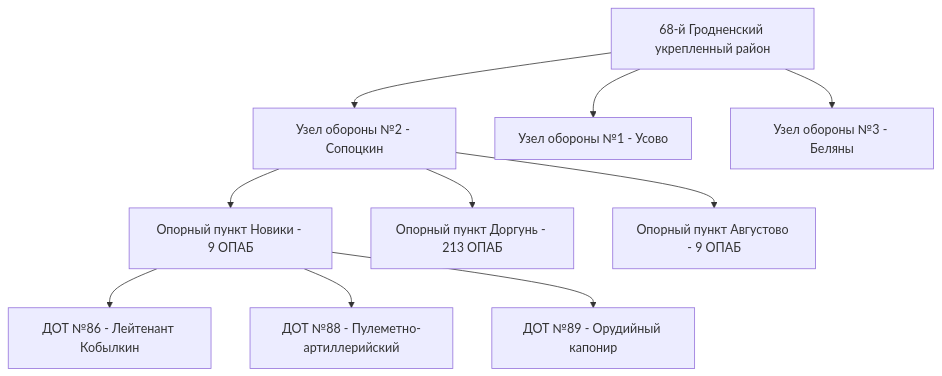
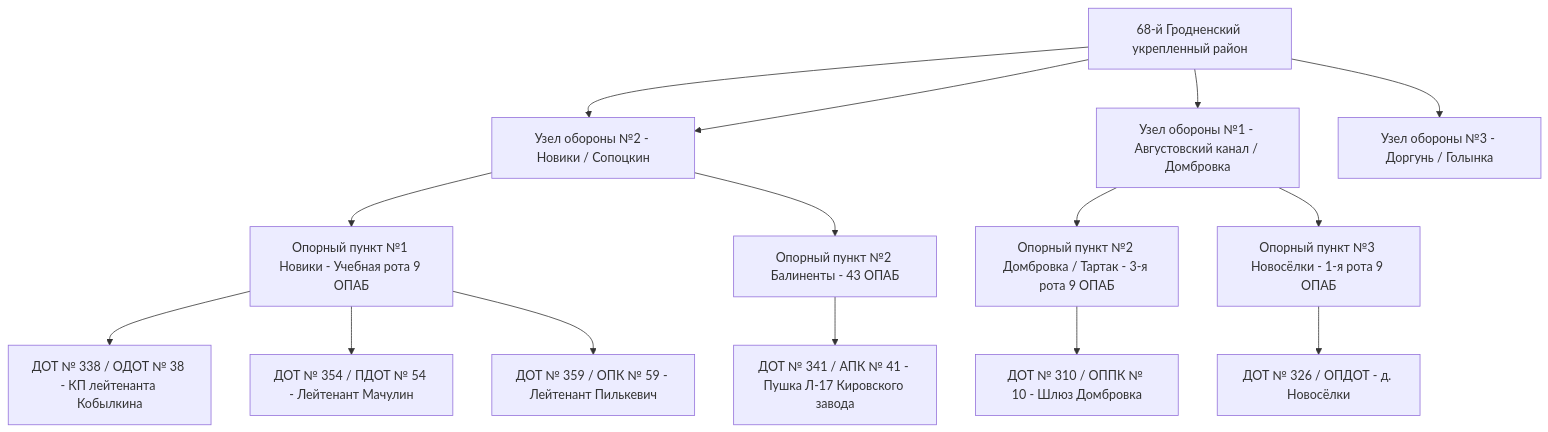
The second of 5 diagrams in research_data/01_1941_defense_grodno.md (rickgzschambezrh825-hash/grodno-map), drawn with Mermaid before and after one commit. The commit also changed other lines of this file and 27 other files, not shown here.

````diff
--- a/research_data/01_1941_defense_grodno.md
+++ b/research_data/01_1941_defense_grodno.md
@@ -101,15 +101,20 @@
 ```mermaid
 graph TD
     SubGraph1[68-й Гродненский укрепленный район]
     SubGraph1 --> UZO2[Узел обороны №2 - Сопоцкин]
-    SubGraph1 --> UZO1[Узел обороны №1 - Усово]
-    SubGraph1 --> UZO3[Узел обороны №3 - Беляны]
+    SubGraph1 --> UZO1[Узел обороны №1 - Августовский канал / Домбровка]
+    SubGraph1 --> UZO2[Узел обороны №2 - Новики / Сопоцкин]
+    SubGraph1 --> UZO3[Узел обороны №3 - Доргунь / Голынка]
     
-    UZO2 --> OP1[Опорный пункт Новики - 9 ОПАБ]
-    UZO2 --> OP2[Опорный пункт Доргунь - 213 ОПАБ]
-    UZO2 --> OP3[Опорный пункт Августово - 9 ОПАБ]
+    UZO2 --> OP1[Опорный пункт №1 Новики - Учебная рота 9 ОПАБ]
+    UZO2 --> OP2[Опорный пункт №2 Балиненты - 43 ОПАБ]
+    UZO1 --> OP3[Опорный пункт №2 Домбровка / Тартак - 3-я рота 9 ОПАБ]
+    UZO1 --> OP4[Опорный пункт №3 Новосёлки - 1-я рота 9 ОПАБ]
 
-    OP1 --> DOT86[ДОТ №86 - Лейтенант Кобылкин]
-    OP1 --> DOT88[ДОТ №88 - Пулеметно-артиллерийский]
-    OP1 --> DOT89[ДОТ №89 - Орудийный капонир]
+    OP1 --> DOT338[ДОТ № 338 / ОДОТ № 38 - КП лейтенанта Кобылкина]
+    OP1 --> DOT354[ДОТ № 354 / ПДОТ № 54 - Лейтенант Мачулин]
+    OP1 --> DOT359[ДОТ № 359 / ОПК № 59 - Лейтенант Пилькевич]
+    OP2 --> DOT341[ДОТ № 341 / АПК № 41 - Пушка Л-17 Кировского завода]
+    OP3 --> DOT310[ДОТ № 310 / ОППК № 10 - Шлюз Домбровка]
+    OP4 --> DOT326[ДОТ № 326 / ОПДОТ - д. Новосёлки]
 ```
````
